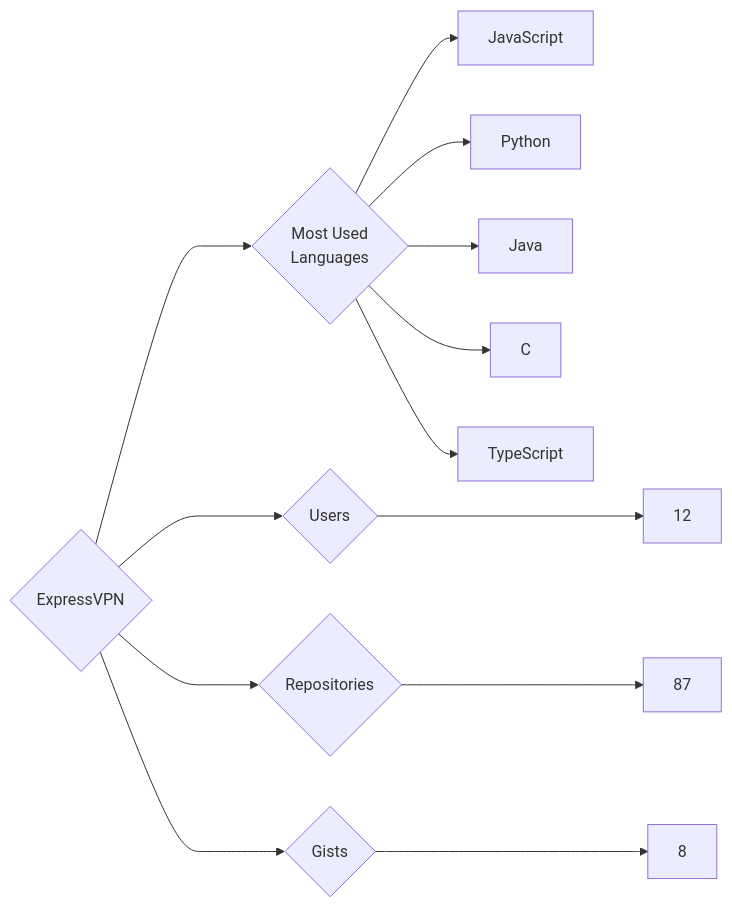
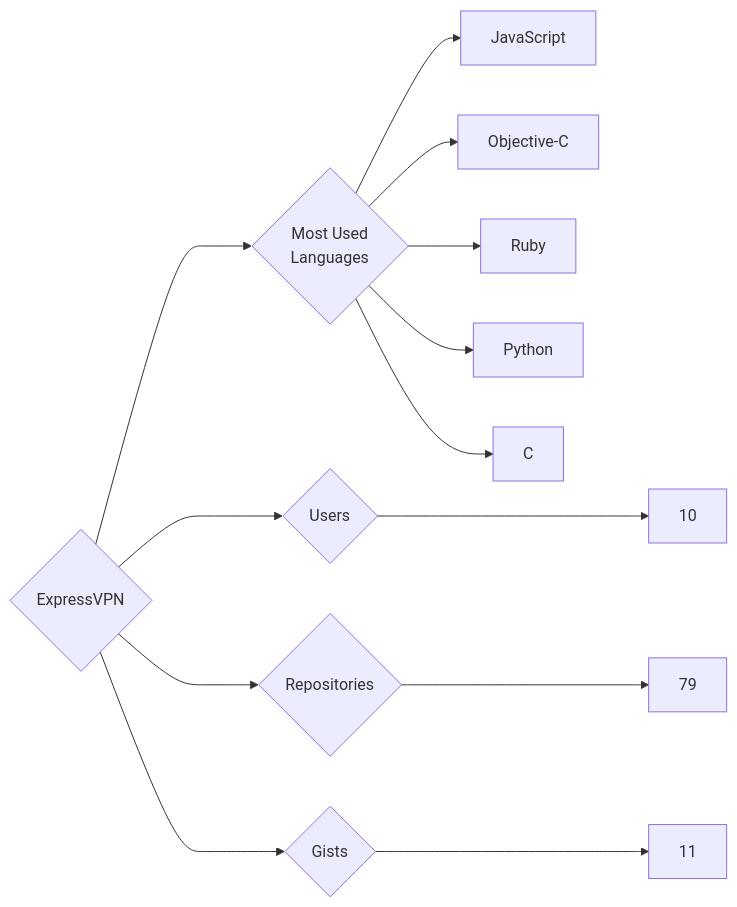
One commit to trickest/insiders changed the diagram in targets/ExpressVPN/README.md. Above: the diagram before and after it, drawn with Mermaid. The commit also changed 861 other files, not shown here.

````diff
--- a/targets/ExpressVPN/README.md
+++ b/targets/ExpressVPN/README.md
@@ -3,13 +3,13 @@
 ```mermaid
 graph LR
 COMPANY_NAME{ExpressVPN}
-COMPANY_NAME ---> U{Users} ---> UN[12]
-COMPANY_NAME ---> R{Repositories} ---> RN[87]
-COMPANY_NAME ---> G{Gists} ---> GN[8]
+COMPANY_NAME ---> U{Users} ---> UN[10]
+COMPANY_NAME ---> R{Repositories} ---> RN[79]
+COMPANY_NAME ---> G{Gists} ---> GN[11]
 COMPANY_NAME ---> ML{Most Used<br>Languages}
 ML --> JavaScript[JavaScript]
+ML --> Objective-C[Objective-C]
+ML --> Ruby[Ruby]
 ML --> Python[Python]
-ML --> Java[Java]
 ML --> C[C]
-ML --> TypeScript[TypeScript]
 ```
````
